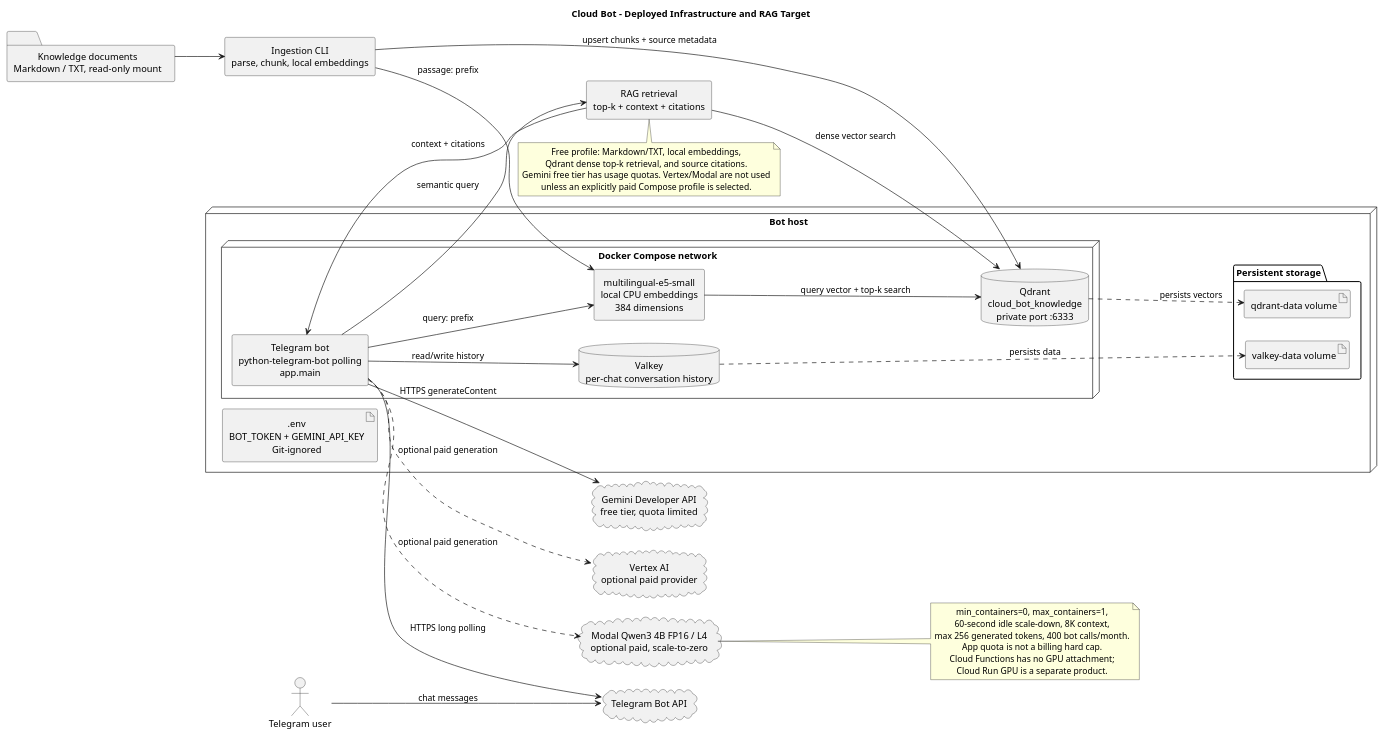
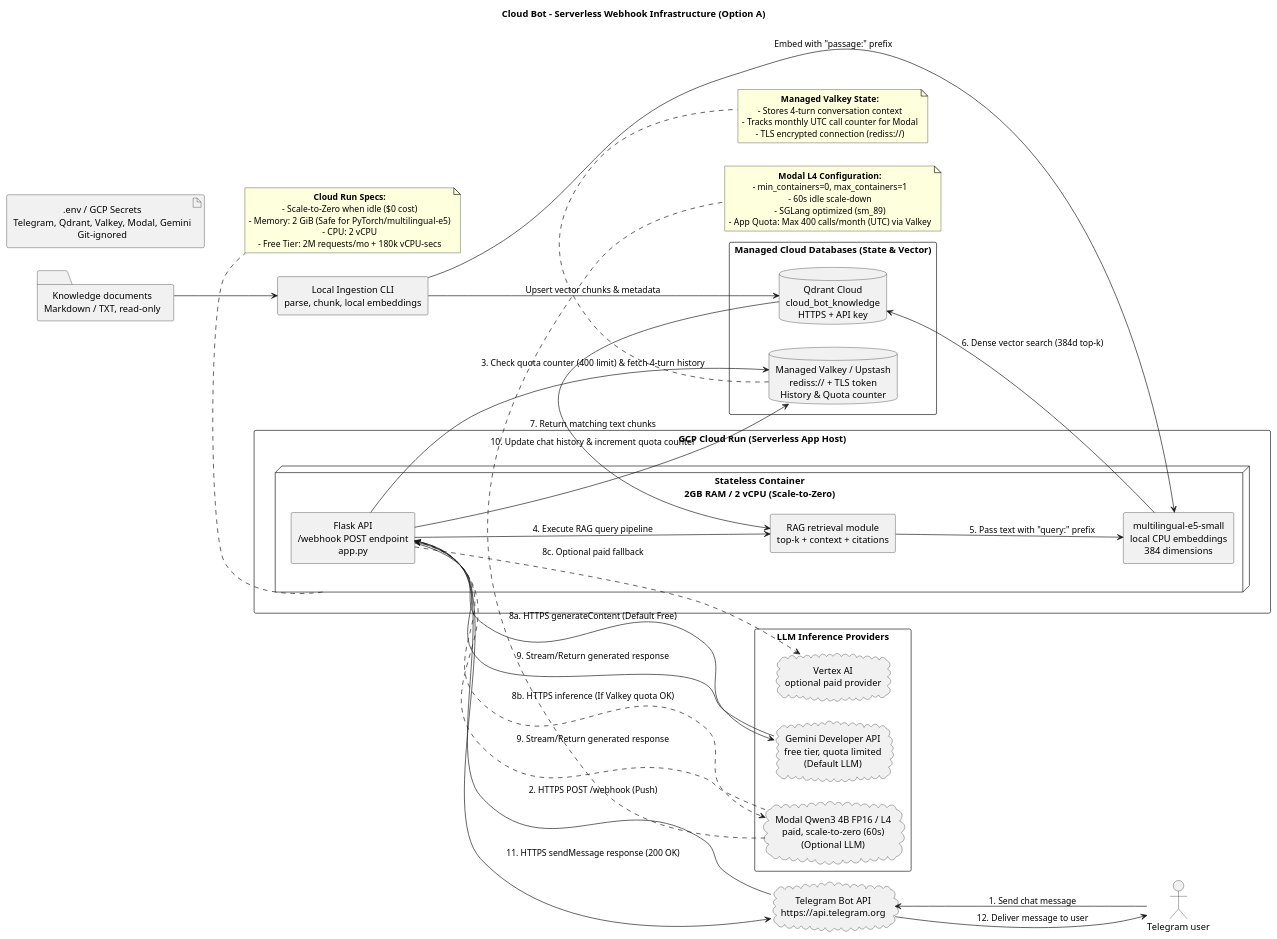
One commit to Vuchauduytung/telegram-bot changed the diagram in infrastructure.puml. Above: the diagram before and after it, drawn with PlantUML. The commit also changed 18 other files, not shown here.

Commit message:
feat: add Cloud Run webhook deployment

```diff
--- a/infrastructure.puml
+++ b/infrastructure.puml
@@ -1,71 +1,89 @@
-@startuml cloud_bot_infrastructure
-title Cloud Bot - Deployed Infrastructure and RAG Target
+@startuml cloud_bot_infrastructure_v2
+title Cloud Bot - Serverless Webhook Infrastructure (Option A)
 
 left to right direction
 skinparam componentStyle rectangle
 skinparam shadowing false
 skinparam packageStyle rectangle
 skinparam defaultTextAlignment center
 
 actor "Telegram user" as user
-cloud "Telegram Bot API" as telegram
-cloud "Gemini Developer API\nfree tier, quota limited" as gemini_api
-cloud "Vertex AI\noptional paid provider" as vertex
-cloud "Modal Qwen3 4B FP16 / L4\noptional paid, scale-to-zero" as modal_paid
+cloud "Telegram Bot API\nhttps://api.telegram.org" as telegram
 
-node "Bot host" as host {
-  node "Docker Compose network" as compose {
-    component "Telegram bot\npython-telegram-bot polling\napp.main" as bot
+package "GCP Cloud Run (Serverless App Host)" {
+  node "Stateless Container\n2GB RAM / 2 vCPU (Scale-to-Zero)" as cloud_run {
+    component "Flask API\n/webhook POST endpoint\napp.py" as flask_app
+    component "RAG retrieval module\ntop-k + context + citations" as retrieval
     component "multilingual-e5-small\nlocal CPU embeddings\n384 dimensions" as embedder
-    database "Qdrant\ncloud_bot_knowledge\nprivate port :6333" as qdrant
-    database "Valkey\nper-chat conversation history" as valkey
   }
-
-  folder "Persistent storage" as storage {
-    artifact "qdrant-data volume" as qdrant_data
-    artifact "valkey-data volume" as valkey_data
-  }
-
-  artifact ".env\nBOT_TOKEN + GEMINI_API_KEY\nGit-ignored" as bot_env
 }
 
-folder "Knowledge documents\nMarkdown / TXT, read-only mount" as documents
-component "Ingestion CLI\nparse, chunk, local embeddings" as ingestion
-component "RAG retrieval\ntop-k + context + citations" as retrieval
+package "Managed Cloud Databases (State & Vector)" {
+  database "Qdrant Cloud\ncloud_bot_knowledge\nHTTPS + API key" as qdrant_cloud
+  database "Managed Valkey / Upstash\nrediss:// + TLS token\nHistory & Quota counter" as valkey_cloud
+}
 
-user --> telegram : chat messages
-bot --> telegram : HTTPS long polling
-bot --> valkey : read/write history
-bot --> embedder : query: prefix
-embedder --> qdrant : query vector + top-k search
-valkey ..> valkey_data : persists data
-qdrant ..> qdrant_data : persists vectors
+package "LLM Inference Providers" {
+  cloud "Gemini Developer API\nfree tier, quota limited\n(Default LLM)" as gemini_api
+  cloud "Modal Qwen3 4B FP16 / L4\npaid, scale-to-zero (60s)\n(Optional LLM)" as modal_paid
+  cloud "Vertex AI\noptional paid provider" as vertex
+}
 
-bot --> gemini_api : HTTPS generateContent
-bot ..> vertex : optional paid generation
-bot ..> modal_paid : optional paid generation
+folder "Knowledge documents\nMarkdown / TXT, read-only" as documents
+component "Local Ingestion CLI\nparse, chunk, local embeddings" as ingestion
+
+artifact ".env / GCP Secrets\nTelegram, Qdrant, Valkey, Modal, Gemini\nGit-ignored" as bot_env
+
+' --- Data Flow & Interconnections ---
+
+user --> telegram : 1. Send chat message
+telegram --> flask_app : 2. HTTPS POST /webhook (Push)
+
+flask_app --> valkey_cloud : 3. Check quota counter (400 limit) & fetch 4-turn history
+flask_app --> retrieval : 4. Execute RAG query pipeline
+
+retrieval --> embedder : 5. Pass text with "query:" prefix
+embedder --> qdrant_cloud : 6. Dense vector search (384d top-k)
+qdrant_cloud --> retrieval : 7. Return matching text chunks
+
+flask_app --> gemini_api : 8a. HTTPS generateContent (Default Free)
+flask_app ..> modal_paid : 8b. HTTPS inference (If Valkey quota OK)
+flask_app ..> vertex : 8c. Optional paid fallback
+
+gemini_api --> flask_app : 9. Stream/Return generated response
+modal_paid ..> flask_app : 9. Stream/Return generated response
+
+flask_app --> valkey_cloud : 10. Update chat history & increment quota counter
+flask_app --> telegram : 11. HTTPS sendMessage response (200 OK)
+telegram --> user : 12. Deliver message to user
 
 documents --> ingestion
-ingestion --> embedder : passage: prefix
-ingestion --> qdrant : upsert chunks + source metadata
-bot --> retrieval : semantic query
-retrieval --> qdrant : dense vector search
-retrieval --> bot : context + citations
+ingestion --> embedder : Embed with "passage:" prefix
+ingestion --> qdrant_cloud : Upsert vector chunks & metadata
 
-note bottom of retrieval
-  Free profile: Markdown/TXT, local embeddings,
-  Qdrant dense top-k retrieval, and source citations.
-  Gemini free tier has usage quotas. Vertex/Modal are not used
-  unless an explicitly paid Compose profile is selected.
+' --- Explanatory Notes ---
+
+note bottom of cloud_run
+  **Cloud Run Specs:**
+  - Scale-to-Zero when idle ($0 cost)
+  - Memory: 2 GiB (Safe for PyTorch/multilingual-e5)
+  - CPU: 2 vCPU
+  - Free Tier: 2M requests/mo + 180k vCPU-secs
 end note
 
-note right of modal_paid
-  min_containers=0, max_containers=1,
-  60-second idle scale-down, 8K context,
-  max 256 generated tokens, 400 bot calls/month.
-  App quota is not a billing hard cap.
-  Cloud Functions has no GPU attachment;
-  Cloud Run GPU is a separate product.
+note bottom of modal_paid
+  **Modal L4 Configuration:**
+  - min_containers=0, max_containers=1
+  - 60s idle scale-down
+  - SGLang optimized (sm_89)
+  - App Quota: Max 400 calls/month (UTC) via Valkey
+end note
+
+note bottom of valkey_cloud
+  **Managed Valkey State:**
+  - Stores 4-turn conversation context
+  - Tracks monthly UTC call counter for Modal
+  - TLS encrypted connection (rediss://)
 end note
 
 @enduml
```
